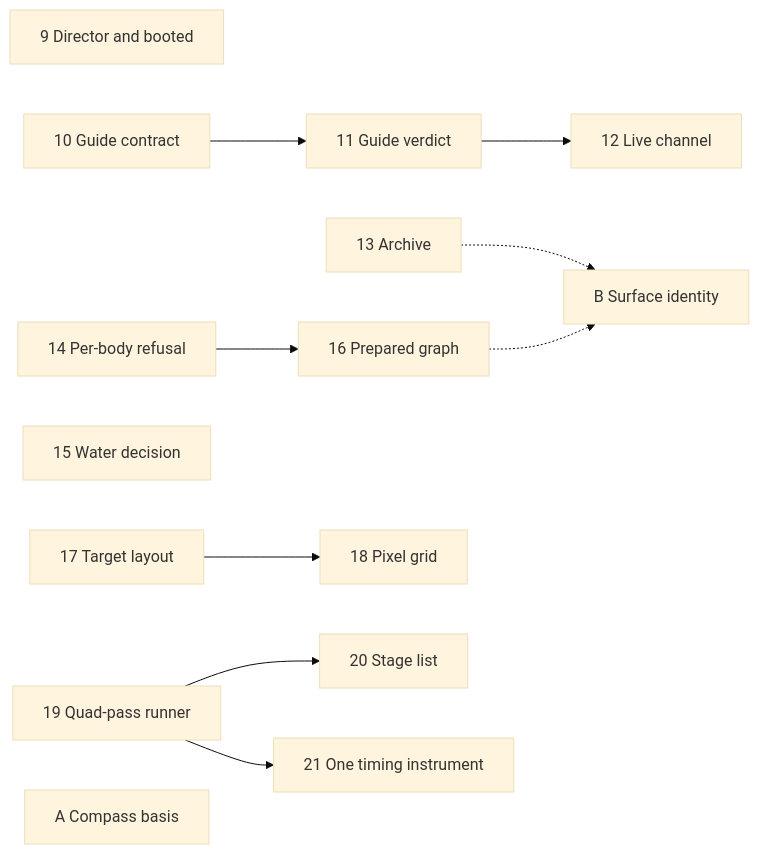
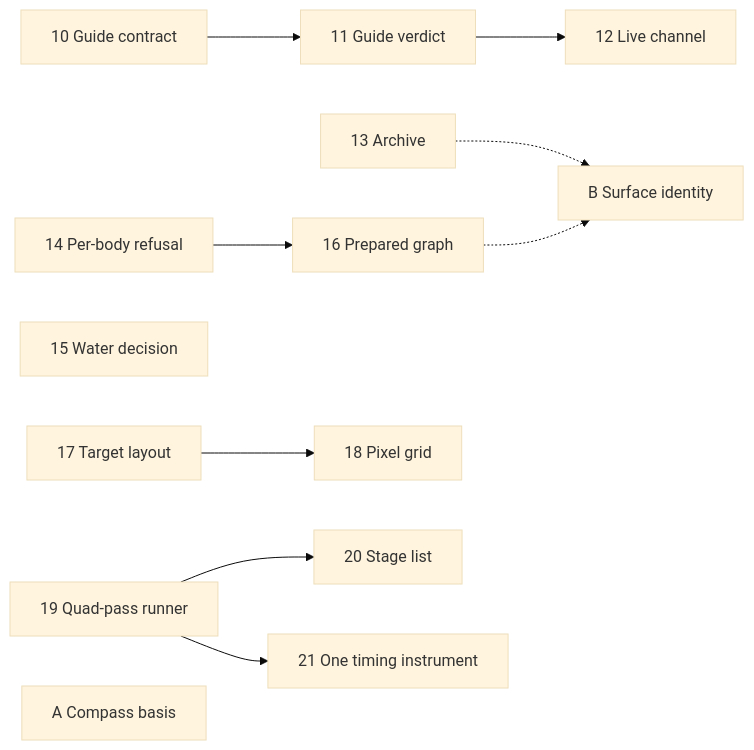
The diagram in design/plans/arch-review.md (jonjaques/inertialref), drawn with Mermaid (base theme) before and after one commit. The commit also changed other lines of this file and 34 other files, not shown here.

First line of the commit message:
refactor: the director is ir.cutscene, and the driver asks whether the app booted (#116)

````diff
--- a/design/plans/arch-review.md
+++ b/design/plans/arch-review.md
@@ -70,14 +70,13 @@
 ```mermaid
 flowchart LR
-  P9[9 Director and booted]
   P10[10 Guide contract] --> P11[11 Guide verdict] --> P12[12 Live channel]
   P13[13 Archive]
   P14[14 Per-body refusal] --> P16[16 Prepared graph]
   P15[15 Water decision]
   P17[17 Target layout] --> P18[18 Pixel grid]
   P19[19 Quad-pass runner] --> P20[20 Stage list]
   P19 --> P21[21 One timing instrument]
   A[A Compass basis]
   P13 -.-> B[B Surface identity]
   P16 -.-> B
 ```
````
